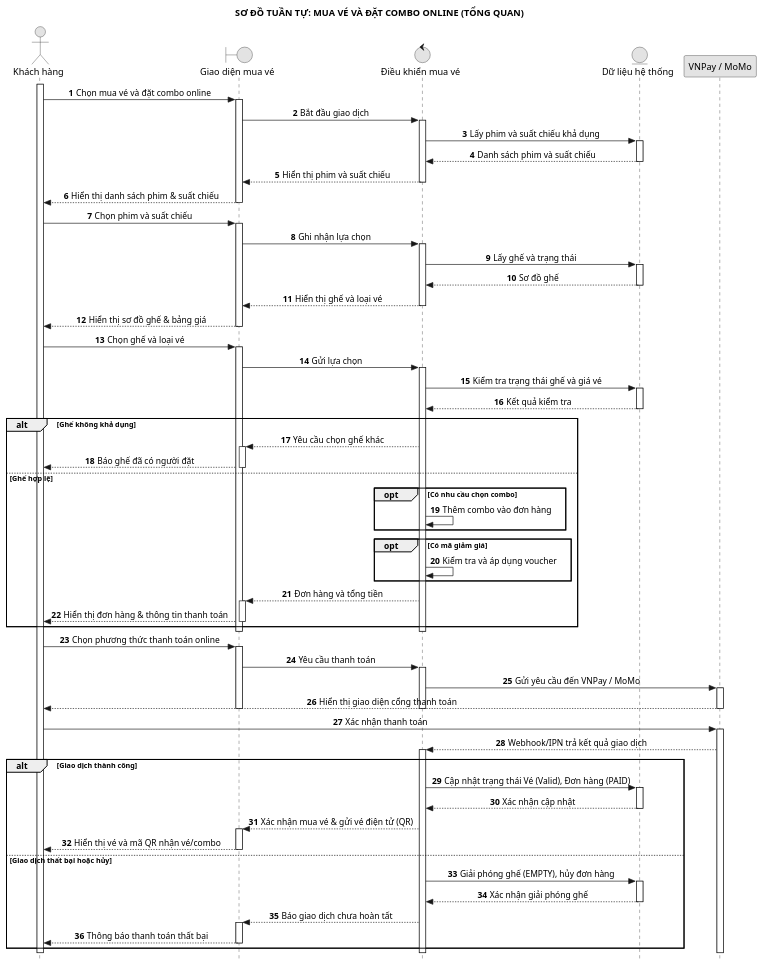
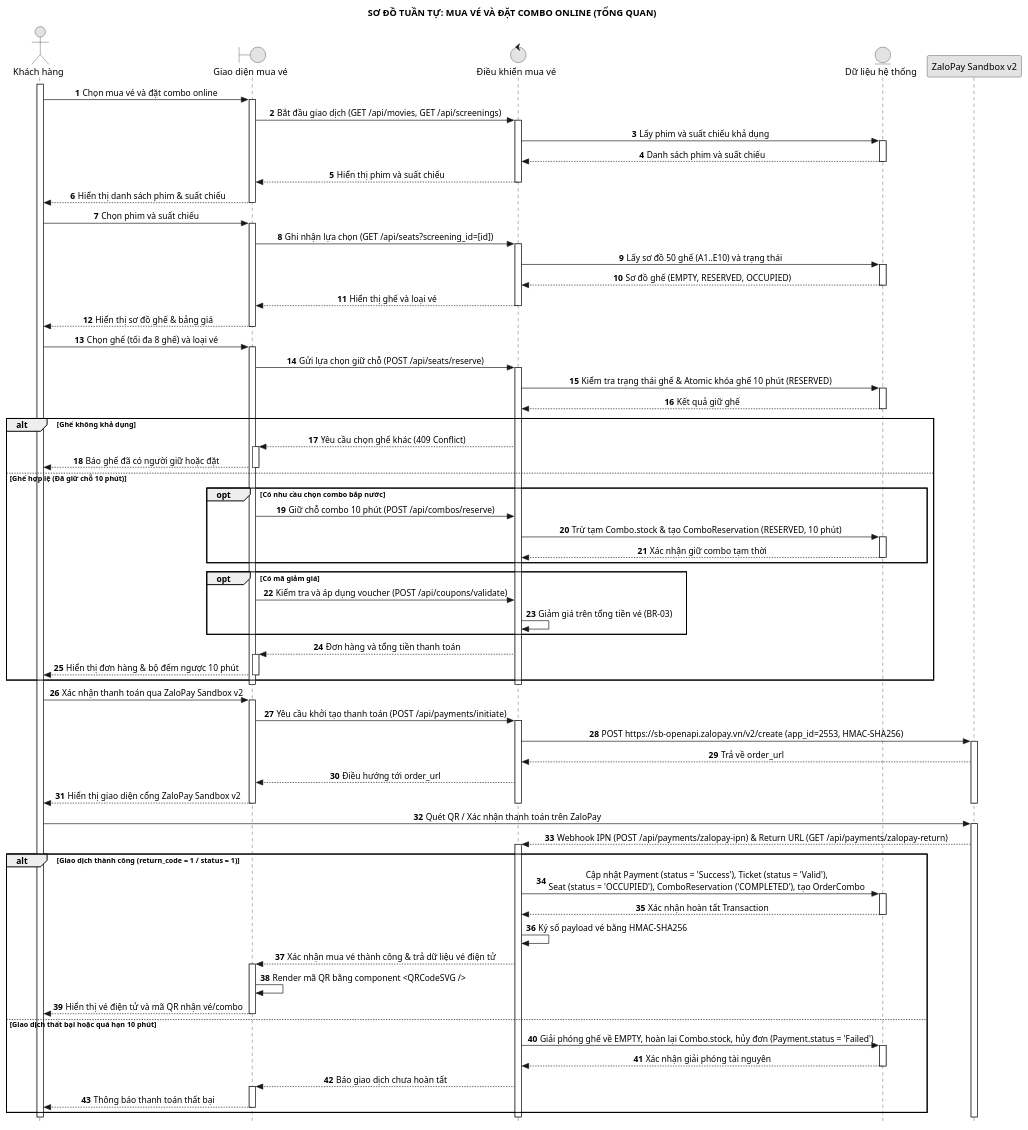
One commit to MaGiaVy/CinemaLUMI changed the diagram in Sequence/04_mua_ve_va_dat_combo_online_tong_quan.puml. Above: the diagram before and after it, drawn with PlantUML. The commit also changed 254 other files, not shown here.

Commit message:
feat(docs-uml): upgrade SRS to v2.0 and synchronize all 62 UML diagrams with codebase

```diff
--- a/Sequence/04_mua_ve_va_dat_combo_online_tong_quan.puml
+++ b/Sequence/04_mua_ve_va_dat_combo_online_tong_quan.puml
@@ -1,109 +1,118 @@
 @startuml 04_mua_ve_va_dat_combo_online_tong_quan
 hide footbox
 autonumber
 skinparam style strictuml
 skinparam monochrome true
 skinparam defaultTextAlignment center
 skinparam shadowing false
 title SƠ ĐỒ TUẦN TỰ: MUA VÉ VÀ ĐẶT COMBO ONLINE (TỔNG QUAN)
 
 actor "Khách hàng" as A
 boundary "Giao diện mua vé" as UI
 control "Điều khiển mua vé" as C
 entity "Dữ liệu hệ thống" as DB
-participant "VNPay / MoMo" as PAY
+participant "ZaloPay Sandbox v2" as PAY
 
 activate A
 A -> UI: Chọn mua vé và đặt combo online
 activate UI
-UI -> C: Bắt đầu giao dịch
+UI -> C: Bắt đầu giao dịch (GET /api/movies, GET /api/screenings)
 activate C
 C -> DB: Lấy phim và suất chiếu khả dụng
 activate DB
 DB --> C: Danh sách phim và suất chiếu
 deactivate DB
 C --> UI: Hiển thị phim và suất chiếu
 deactivate C
 UI --> A: Hiển thị danh sách phim & suất chiếu
 deactivate UI
 
 A -> UI: Chọn phim và suất chiếu
 activate UI
-UI -> C: Ghi nhận lựa chọn
+UI -> C: Ghi nhận lựa chọn (GET /api/seats?screening_id=[id])
 activate C
-C -> DB: Lấy ghế và trạng thái
+C -> DB: Lấy sơ đồ 50 ghế (A1..E10) và trạng thái
 activate DB
-DB --> C: Sơ đồ ghế
+DB --> C: Sơ đồ ghế (EMPTY, RESERVED, OCCUPIED)
 deactivate DB
 C --> UI: Hiển thị ghế và loại vé
 deactivate C
 UI --> A: Hiển thị sơ đồ ghế & bảng giá
 deactivate UI
 
-A -> UI: Chọn ghế và loại vé
+A -> UI: Chọn ghế (tối đa 8 ghế) và loại vé
 activate UI
-UI -> C: Gửi lựa chọn
+UI -> C: Gửi lựa chọn giữ chỗ (POST /api/seats/reserve)
 activate C
-C -> DB: Kiểm tra trạng thái ghế và giá vé
+C -> DB: Kiểm tra trạng thái ghế & Atomic khóa ghế 10 phút (RESERVED)
 activate DB
-DB --> C: Kết quả kiểm tra
+DB --> C: Kết quả giữ ghế
 deactivate DB
 
 alt Ghế không khả dụng
-    C --> UI: Yêu cầu chọn ghế khác
+    C --> UI: Yêu cầu chọn ghế khác (409 Conflict)
     activate UI
-    UI --> A: Báo ghế đã có người đặt
+    UI --> A: Báo ghế đã có người giữ hoặc đặt
     deactivate UI
-else Ghế hợp lệ
-    opt Có nhu cầu chọn combo
-        C -> C: Thêm combo vào đơn hàng
+else Ghế hợp lệ (Đã giữ chỗ 10 phút)
+    opt Có nhu cầu chọn combo bắp nước
+        UI -> C: Giữ chỗ combo 10 phút (POST /api/combos/reserve)
+        C -> DB: Trừ tạm Combo.stock & tạo ComboReservation (RESERVED, 10 phút)
+        activate DB
+        DB --> C: Xác nhận giữ combo tạm thời
+        deactivate DB
     end
     opt Có mã giảm giá
-        C -> C: Kiểm tra và áp dụng voucher
+        UI -> C: Kiểm tra và áp dụng voucher (POST /api/coupons/validate)
+        C -> C: Giảm giá trên tổng tiền vé (BR-03)
     end
-    C --> UI: Đơn hàng và tổng tiền
+    C --> UI: Đơn hàng và tổng tiền thanh toán
     activate UI
-    UI --> A: Hiển thị đơn hàng & thông tin thanh toán
+    UI --> A: Hiển thị đơn hàng & bộ đếm ngược 10 phút
     deactivate UI
 end
 deactivate C
 deactivate UI
 
-A -> UI: Chọn phương thức thanh toán online
+A -> UI: Xác nhận thanh toán qua ZaloPay Sandbox v2
 activate UI
-UI -> C: Yêu cầu thanh toán
+UI -> C: Yêu cầu khởi tạo thanh toán (POST /api/payments/initiate)
 activate C
-C -> PAY: Gửi yêu cầu đến VNPay / MoMo
+C -> PAY: POST https://sb-openapi.zalopay.vn/v2/create (app_id=2553, HMAC-SHA256)
 activate PAY
-PAY --> A: Hiển thị giao diện cổng thanh toán
+PAY --> C: Trả về order_url
+C --> UI: Điều hướng tới order_url
+UI --> A: Hiển thị giao diện cổng ZaloPay Sandbox v2
 deactivate PAY
 deactivate C
 deactivate UI
 
-A -> PAY: Xác nhận thanh toán
+A -> PAY: Quét QR / Xác nhận thanh toán trên ZaloPay
 activate PAY
-PAY --> C: Webhook/IPN trả kết quả giao dịch
+PAY --> C: Webhook IPN (POST /api/payments/zalopay-ipn) & Return URL (GET /api/payments/zalopay-return)
 activate C
-alt Giao dịch thành công
-    C -> DB: Cập nhật trạng thái Vé (Valid), Đơn hàng (PAID)
+alt Giao dịch thành công (return_code = 1 / status = 1)
+    C -> DB: Cập nhật Payment (status = 'Success'), Ticket (status = 'Valid'),\nSeat (status = 'OCCUPIED'), ComboReservation ('COMPLETED'), tạo OrderCombo
     activate DB
-    DB --> C: Xác nhận cập nhật
+    DB --> C: Xác nhận hoàn tất Transaction
     deactivate DB
-    C --> UI: Xác nhận mua vé & gửi vé điện tử (QR)
+    C -> C: Ký số payload vé bằng HMAC-SHA256
+    C --> UI: Xác nhận mua vé thành công & trả dữ liệu vé điện tử
     activate UI
-    UI --> A: Hiển thị vé và mã QR nhận vé/combo
+    UI -> UI: Render mã QR bằng component <QRCodeSVG />
+    UI --> A: Hiển thị vé điện tử và mã QR nhận vé/combo
     deactivate UI
-else Giao dịch thất bại hoặc hủy
-    C -> DB: Giải phóng ghế (EMPTY), hủy đơn hàng
+else Giao dịch thất bại hoặc quá hạn 10 phút
+    C -> DB: Giải phóng ghế về EMPTY, hoàn lại Combo.stock, hủy đơn (Payment.status = 'Failed')
     activate DB
-    DB --> C: Xác nhận giải phóng ghế
+    DB --> C: Xác nhận giải phóng tài nguyên
     deactivate DB
     C --> UI: Báo giao dịch chưa hoàn tất
     activate UI
     UI --> A: Thông báo thanh toán thất bại
     deactivate UI
 end
 deactivate C
 deactivate PAY
 deactivate A
 @enduml
```
